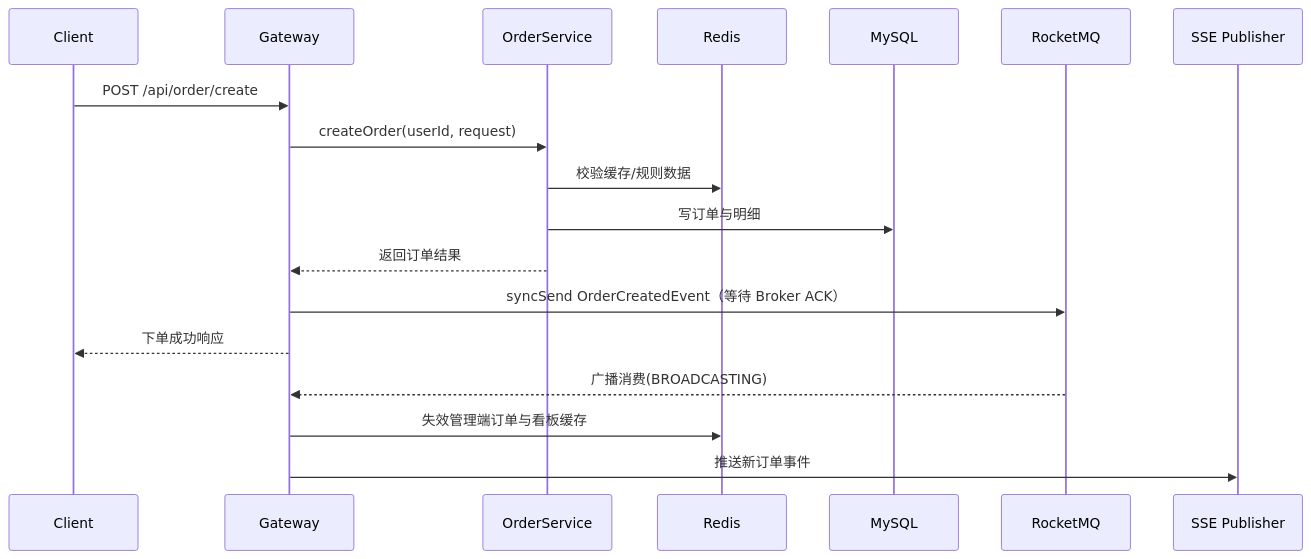
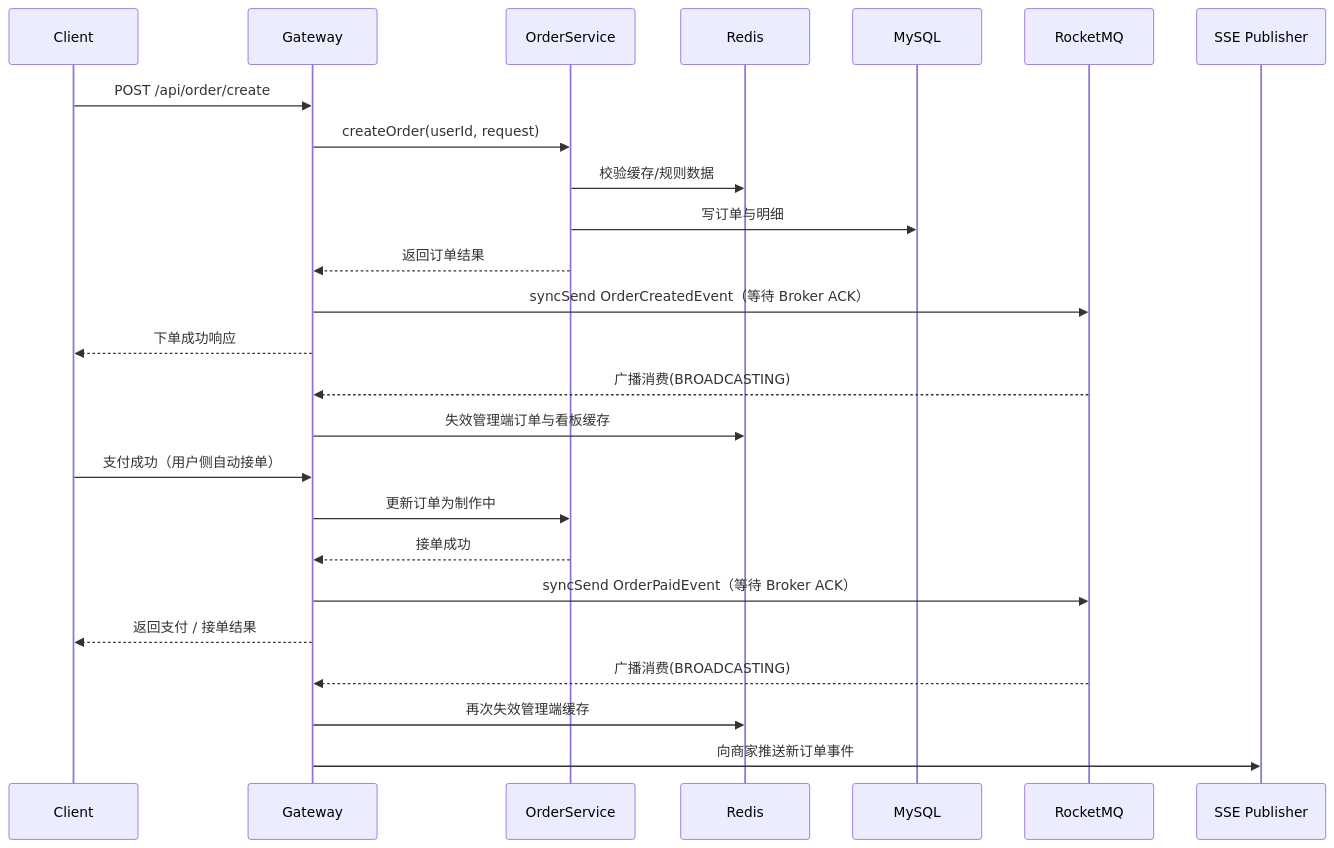
Before and after one commit to Lstarxing/cozy-coffee: the second of 4 diagrams in README.md, drawn with Mermaid. The commit also changed other lines of this file and 3 other files, not shown here.

First line of the commit message:
docs(perf): 容量测试结果入库（300 RPS / 25 TPS），补齐 order_paid 口径

````diff
--- a/README.md
+++ b/README.md
@@ -134,21 +135,28 @@
 ```mermaid
 sequenceDiagram
     participant C as Client
     participant GW as Gateway
     participant OS as OrderService
     participant RS as Redis
     participant DB as MySQL
     participant MQ as RocketMQ
     participant SSE as SSE Publisher
 
     C->>GW: POST /api/order/create
     GW->>OS: createOrder(userId, request)
     OS->>RS: 校验缓存/规则数据
     OS->>DB: 写订单与明细
     OS-->>GW: 返回订单结果
     GW->>MQ: syncSend OrderCreatedEvent（等待 Broker ACK）
     GW-->>C: 下单成功响应
     MQ-->>GW: 广播消费(BROADCASTING)
     GW->>RS: 失效管理端订单与看板缓存
-    GW->>SSE: 推送新订单事件
+    C->>GW: 支付成功（用户侧自动接单）
+    GW->>OS: 更新订单为制作中
+    OS-->>GW: 接单成功
+    GW->>MQ: syncSend OrderPaidEvent（等待 Broker ACK）
+    GW-->>C: 返回支付 / 接单结果
+    MQ-->>GW: 广播消费(BROADCASTING)
+    GW->>RS: 再次失效管理端缓存
+    GW->>SSE: 向商家推送新订单事件
 ```
````
